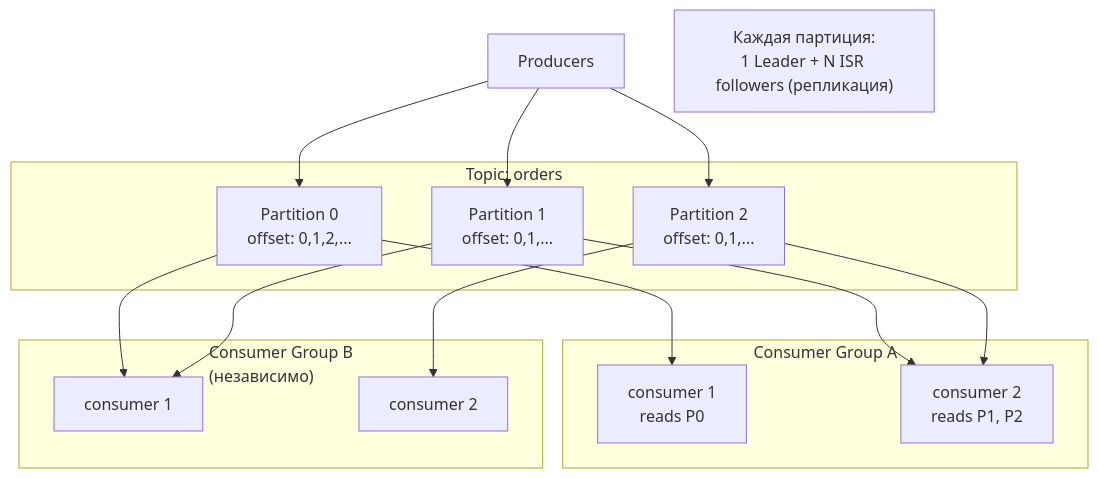
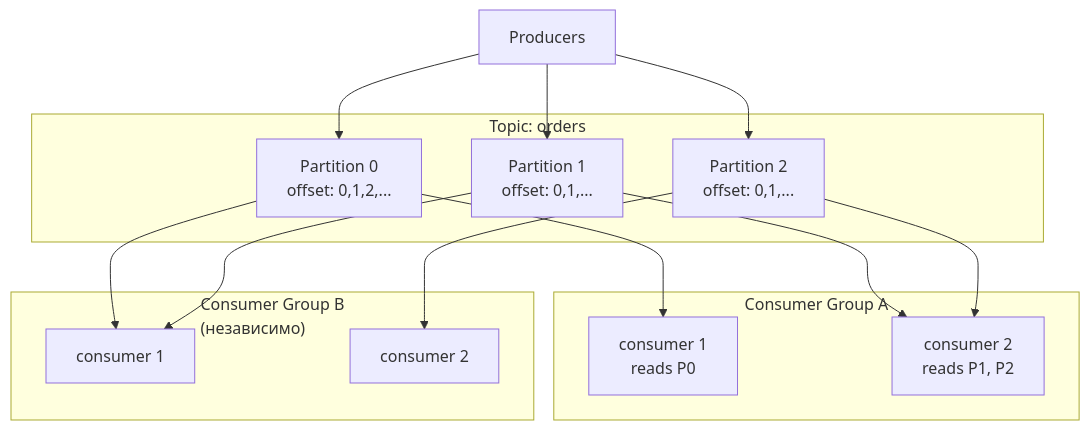
One commit to fev0ks/LearnGoLang changed the diagram in docs/senior-golang-study/07-message-brokers-and-streaming/01-kafka.md. Above: the diagram before and after it, drawn with Mermaid. The commit also changed other lines of this file and 201 other files, not shown here.

````diff
--- a/docs/senior-golang-study/07-message-brokers-and-streaming/01-kafka.md
+++ b/docs/senior-golang-study/07-message-brokers-and-streaming/01-kafka.md
@@ -9,34 +21,32 @@
 ```mermaid
 flowchart TB
     Producers[Producers]
 
     subgraph Topic["Topic: orders"]
         P0["Partition 0<br/>offset: 0,1,2,..."]
         P1["Partition 1<br/>offset: 0,1,..."]
         P2["Partition 2<br/>offset: 0,1,..."]
     end
 
     subgraph CGA["Consumer Group A"]
         CA1[consumer 1<br/>reads P0]
         CA2[consumer 2<br/>reads P1, P2]
     end
 
     subgraph CGB["Consumer Group B<br/>(независимо)"]
         CB1[consumer 1]
         CB2[consumer 2]
     end
 
     Producers --> P0
     Producers --> P1
     Producers --> P2
 
     P0 --> CA1
     P1 --> CA2
     P2 --> CA2
 
     P0 --> CB1
     P1 --> CB1
     P2 --> CB2
-
-    Note["Каждая партиция:<br/>1 Leader + N ISR followers (репликация)"]
 ```
````
